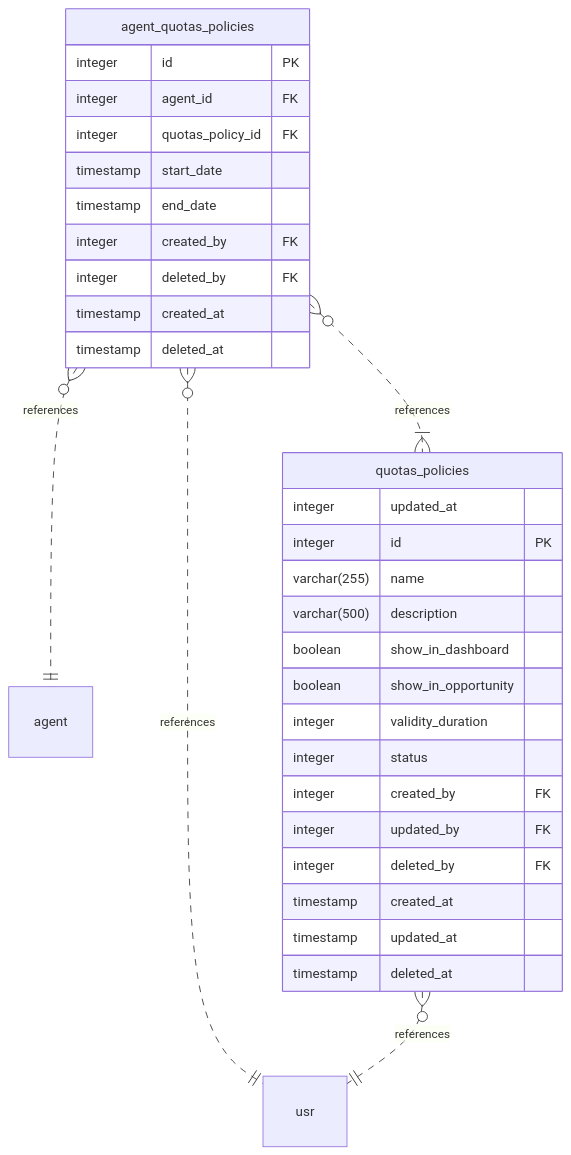
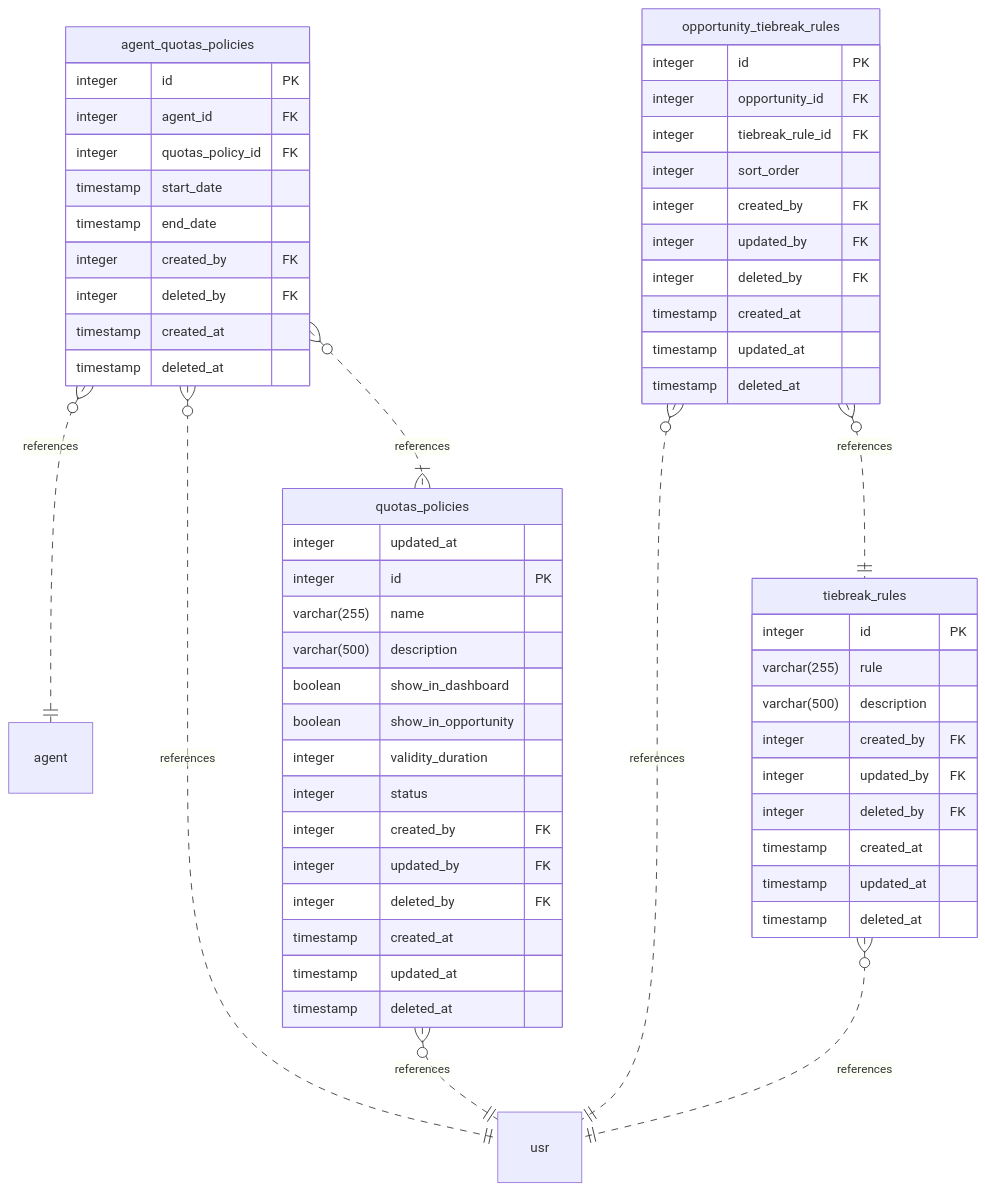
One commit to ronnyjohnti/quota-service changed the diagram in README.md. Above: the diagram before and after it, drawn with Mermaid.

Commit message:
docs: Adicionando novas tabelas ao diagrama

````diff
--- a/README.md
+++ b/README.md
@@ -62,36 +62,65 @@
 ```mermaid
 erDiagram
   aqp }o..|| agent : references
   aqp }o..|| usr   : references
   aqp }o..|{ qp    : references
   qp  }o..|| usr   : references
+  
+  ot  }o..|| tr    : references
+  ot  }o..|| usr   : references
+  tr  }o..|| usr   : references
 
   qp[quotas_policies]{
     integer           updated_at
     integer           id                 PK
     varchar(255)      name
     varchar(500)      description
     boolean           show_in_dashboard
     boolean           show_in_opportunity
     integer           validity_duration
     integer           status
     integer           created_by         FK
     integer           updated_by         FK
     integer           deleted_by         FK
     timestamp         created_at
     timestamp         updated_at
     timestamp         deleted_at
   }
 
   aqp[agent_quotas_policies]{
     integer           id                 PK
     integer           agent_id           FK
     integer           quotas_policy_id   FK
     timestamp         start_date
     timestamp         end_date
     integer           created_by         FK
     integer           deleted_by         FK
     timestamp         created_at
     timestamp         deleted_at
   }
+  
+  tr[tiebreak_rules]{
+    integer           id                 PK
+    varchar(255)      rule
+    varchar(500)      description
+    integer           created_by         FK
+    integer           updated_by         FK
+    integer           deleted_by         FK
+    timestamp         created_at
+    timestamp         updated_at
+    timestamp         deleted_at
+  }
+  
+  ot[opportunity_tiebreak_rules]{
+      integer           id                 PK
+      integer           opportunity_id     FK
+      integer           tiebreak_rule_id   FK
+      integer           sort_order
+      integer           created_by         FK
+      integer           updated_by         FK
+      integer           deleted_by         FK
+      timestamp         created_at
+      timestamp         updated_at
+      timestamp         deleted_at
+  }
 ```
````
